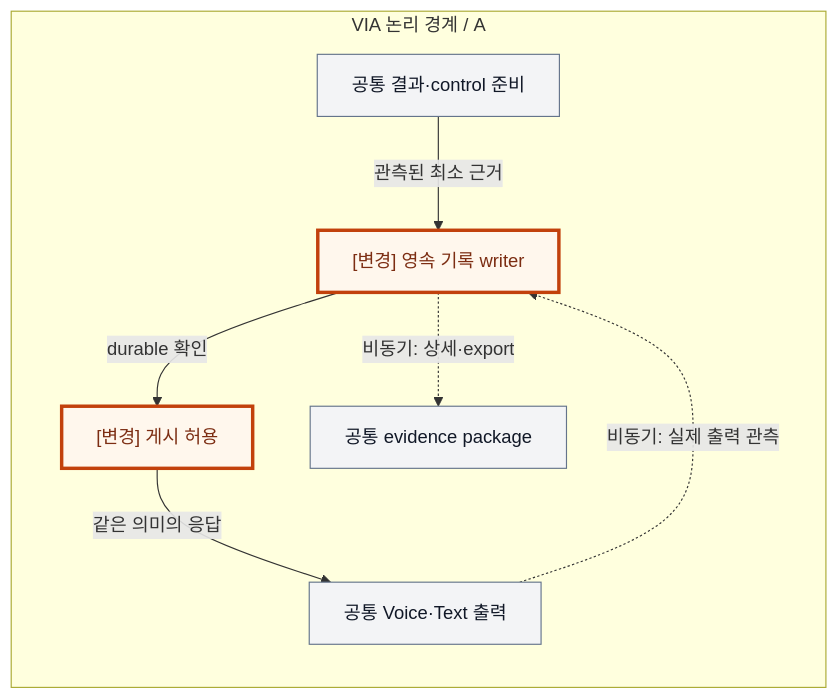
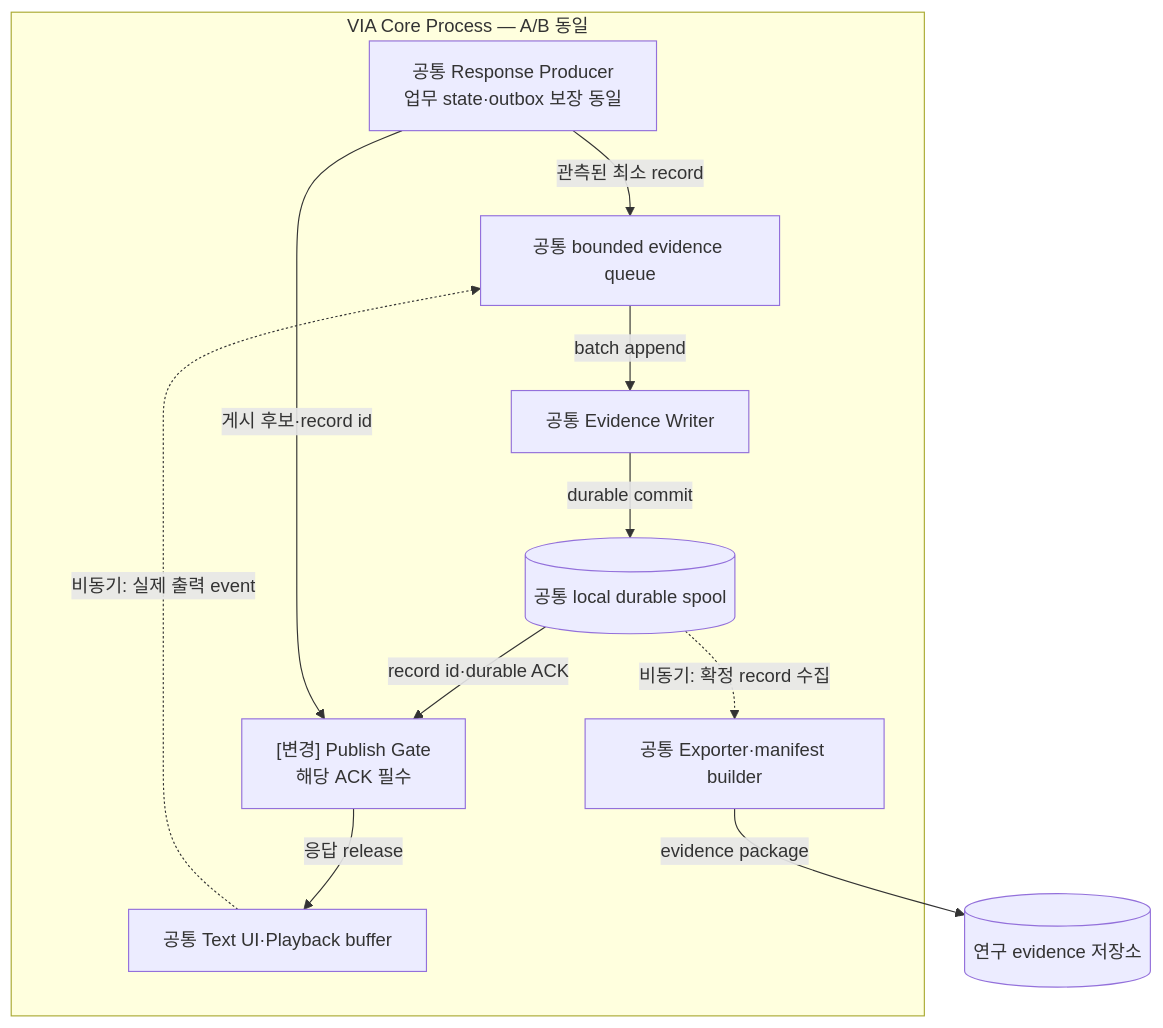
The second of 4 diagrams in docs/architecture/12-decisions/via-dp-12-evidence-commit.md (cbyche/via-sw-architecture), drawn with Mermaid before and after one commit. The commit also changed other lines of this file and 59 other files, not shown here.

Commit message:
docs: consolidate comprehensive VIA decision inventory and implementation diagrams

````diff
--- a/docs/architecture/12-decisions/via-dp-12-evidence-commit.md
+++ b/docs/architecture/12-decisions/via-dp-12-evidence-commit.md
@@ -45,16 +53,14 @@
 ```mermaid
 flowchart TB
- subgraph V["VIA 논리 경계 / A"]
- direction TB
- R["공통 결과·control 준비"] -->|관측된 최소 근거| L["[변경] 영속 기록 writer"]
- L -->|durable 확인| P["[변경] 게시 허용"]
- P -->|같은 의미의 응답| O["공통 Voice·Text 출력"]
- O -.->|비동기: 실제 출력 관측| L
- L -.->|비동기: 상세·export| E["공통 evidence package"]
+ subgraph V["VIA Core Process — A/B 동일"]
+ R["공통 Response Producer<br/>업무 state·outbox 보장 동일"] -->|"관측된 최소 record"| Q["공통 bounded evidence queue"]
+ Q -->|"batch append"| W["공통 Evidence Writer"]
+ W -->|"durable commit"| S[("공통 local durable spool")]
+ S -->|"record id·durable ACK"| G["[변경] Publish Gate<br/>해당 ACK 필수"]
+ R -->|"게시 후보·record id"| G
+ G -->|"응답 release"| P["공통 Text UI·Playback buffer"]
+ P -.->|"비동기: 실제 출력 event"| Q
+ S -.->|"비동기: 확정 record 수집"| X["공통 Exporter·manifest builder"]
  end
-
-classDef common fill:#F3F4F6,stroke:#64748B,color:#111827;
-classDef change fill:#FFF7ED,stroke:#C2410C,stroke-width:3px,color:#7C2D12;
-class R,O,E common;
-class L,P change;
+ X -->|"evidence package"| E[("연구 evidence 저장소")]
 ```
````
